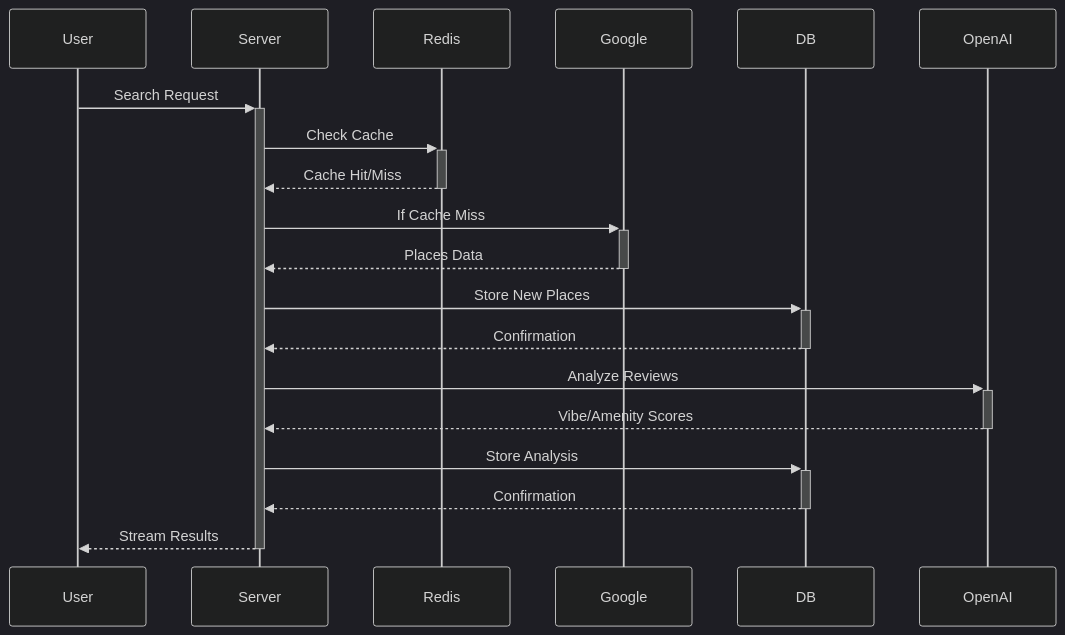
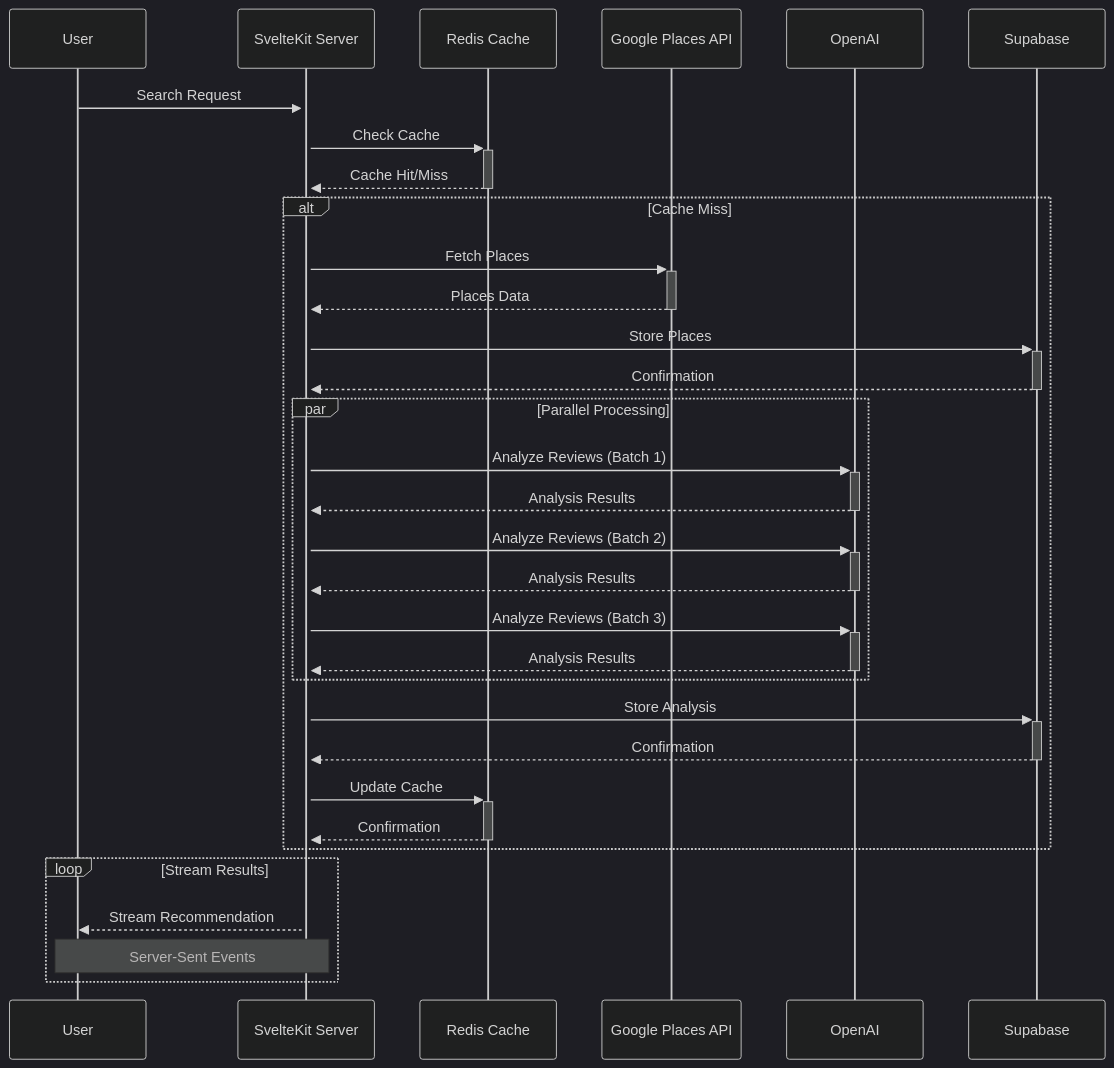
One commit to yashmit07/QuickCafe changed the diagram in README.md. Above: the diagram before and after it, drawn with Mermaid (dark theme). The commit also changed other lines of this file, not shown here.

````diff
--- a/README.md
+++ b/README.md
@@ -78,15 +187,39 @@
-   ```mermaid
-   sequenceDiagram
-       User->>+Server: Search Request
-       Server->>+Redis: Check Cache
-       Redis-->>-Server: Cache Hit/Miss
-       Server->>+Google: If Cache Miss
-       Google-->>-Server: Places Data
-       Server->>+DB: Store New Places
-       DB-->>-Server: Confirmation
-       Server->>+OpenAI: Analyze Reviews
-       OpenAI-->>-Server: Vibe/Amenity Scores
-       Server->>+DB: Store Analysis
-       DB-->>-Server: Confirmation
-       Server-->>-User: Stream Results
-   ```
+```mermaid
+sequenceDiagram
+    participant U as User
+    participant S as SvelteKit Server
+    participant R as Redis Cache
+    participant G as Google Places API
+    participant O as OpenAI
+    participant DB as Supabase
+
+    U->>+S: Search Request
+    S->>+R: Check Cache
+    R-->>-S: Cache Hit/Miss
+    
+    alt Cache Miss
+        S->>+G: Fetch Places
+        G-->>-S: Places Data
+        S->>+DB: Store Places
+        DB-->>-S: Confirmation
+        
+        par Parallel Processing
+            S->>+O: Analyze Reviews (Batch 1)
+            O-->>-S: Analysis Results
+            S->>+O: Analyze Reviews (Batch 2)
+            O-->>-S: Analysis Results
+            S->>+O: Analyze Reviews (Batch 3)
+            O-->>-S: Analysis Results
+        end
+        
+        S->>+DB: Store Analysis
+        DB-->>-S: Confirmation
+        S->>+R: Update Cache
+        R-->>-S: Confirmation
+    end
+    
+    loop Stream Results
+        S-->>U: Stream Recommendation
+        Note over S,U: Server-Sent Events
+    end
+```
````
